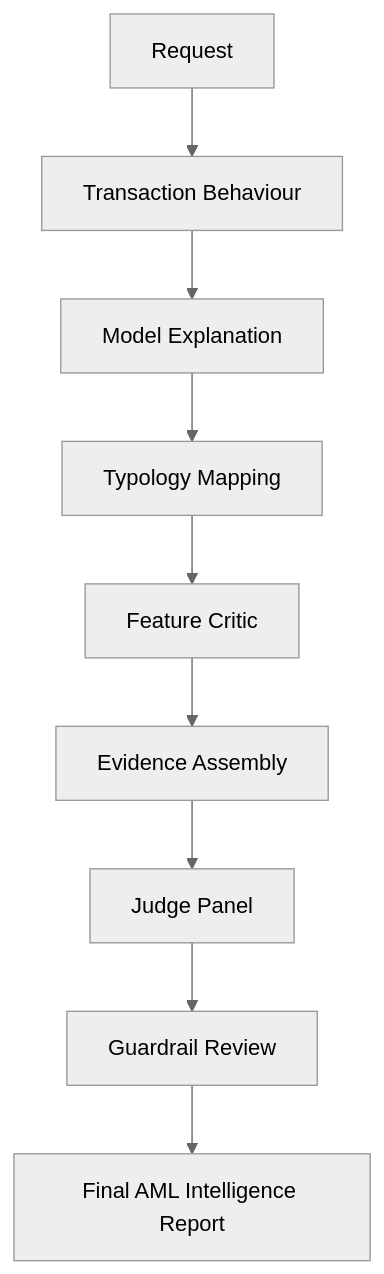
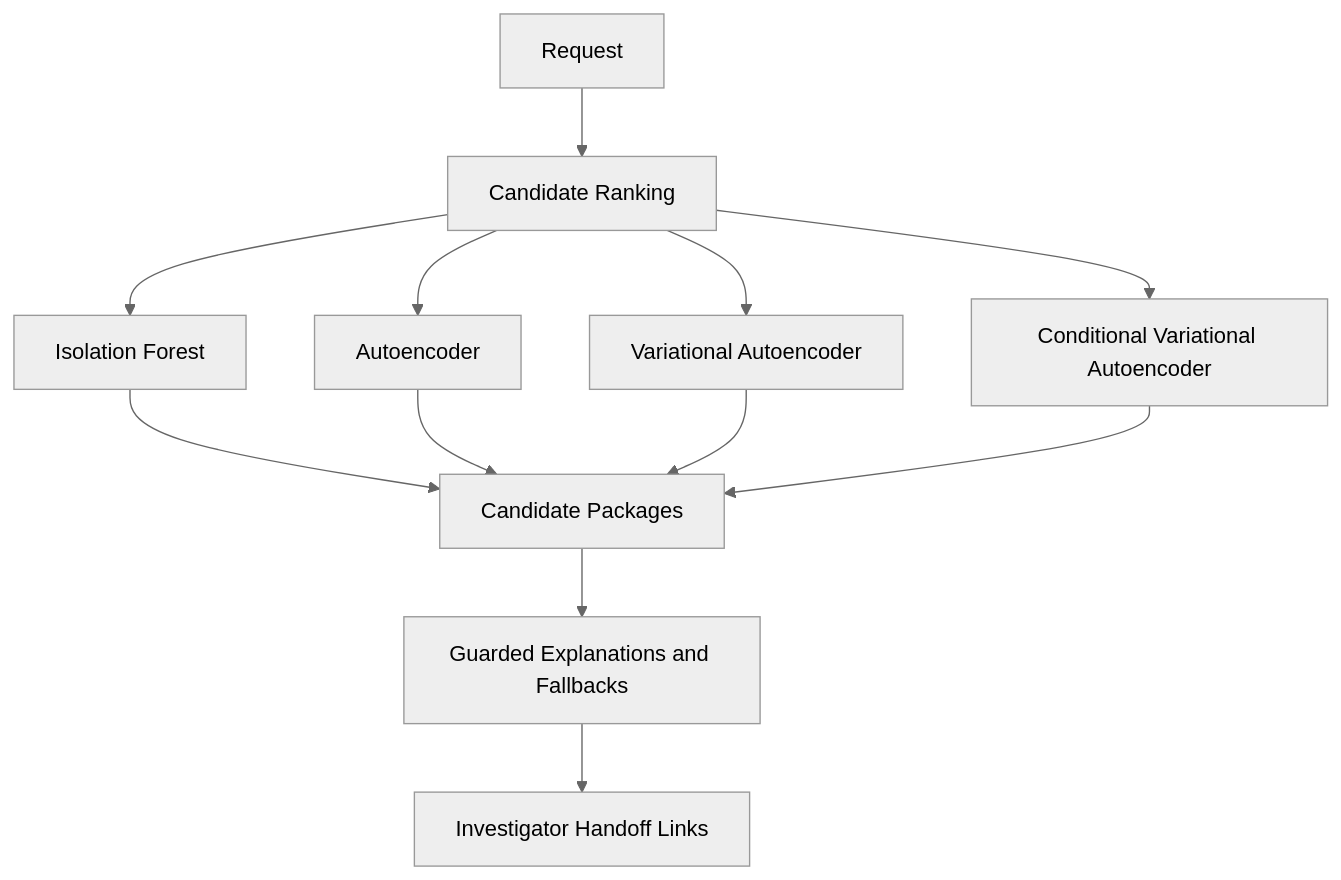
The first of 2 diagrams in docs/AGENTS_AND_WORKFLOWS.md (jasonllai/AML-Agentic-Intelligence-Engine), drawn with Mermaid (neutral theme) before and after one commit. The commit also changed other lines of this file and 53 other files, not shown here.

````diff
--- a/docs/AGENTS_AND_WORKFLOWS.md
+++ b/docs/AGENTS_AND_WORKFLOWS.md
@@ -157,11 +230,14 @@
 ```mermaid
 flowchart TD
-    A[Request] --> B[Transaction Behaviour]
-    B --> C[Model Explanation]
-    C --> D[Typology Mapping]
-    D --> E[Feature Critic]
-    E --> F[Evidence Assembly]
-    F --> G[Judge Panel]
-    G --> H[Guardrail Review]
-    H --> I[Final AML Intelligence Report]
+    A[Request] --> B[Candidate Ranking]
+    B --> C[Isolation Forest]
+    B --> D[Autoencoder]
+    B --> E[Variational Autoencoder]
+    B --> F[Conditional Variational Autoencoder]
+    C --> G[Candidate Packages]
+    D --> G
+    E --> G
+    F --> G
+    G --> H[Guarded Explanations and Fallbacks]
+    H --> I[Investigator Handoff Links]
 ```
````
